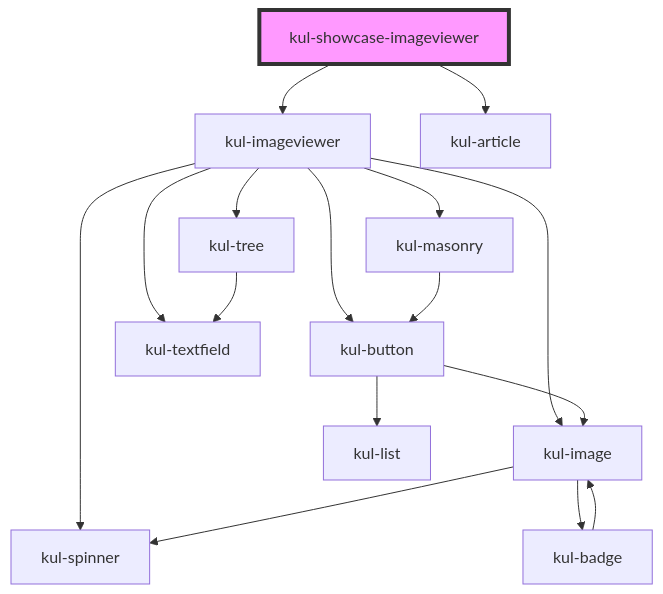
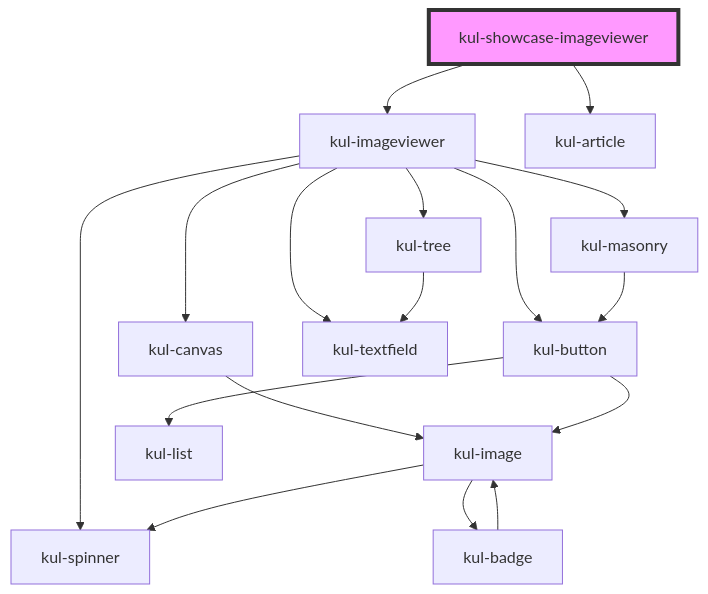
One commit to lucafoscili/ketchup-lite changed the diagram in packages/ketchup-lite/src/components/kul-showcase/components/imageviewer/readme.md. Above: the diagram before and after it, drawn with Mermaid. The commit also changed 5 other files, not shown here.

````diff
--- a/packages/ketchup-lite/src/components/kul-showcase/components/imageviewer/readme.md
+++ b/packages/ketchup-lite/src/components/kul-showcase/components/imageviewer/readme.md
@@ -27,19 +27,20 @@
 ```mermaid
 graph TD;
   kul-showcase-imageviewer --> kul-imageviewer
   kul-showcase-imageviewer --> kul-article
+  kul-imageviewer --> kul-canvas
   kul-imageviewer --> kul-button
   kul-imageviewer --> kul-spinner
-  kul-imageviewer --> kul-image
   kul-imageviewer --> kul-masonry
   kul-imageviewer --> kul-textfield
   kul-imageviewer --> kul-tree
-  kul-button --> kul-image
-  kul-button --> kul-list
+  kul-canvas --> kul-image
   kul-image --> kul-spinner
   kul-image --> kul-badge
   kul-badge --> kul-image
+  kul-button --> kul-image
+  kul-button --> kul-list
   kul-masonry --> kul-button
   kul-tree --> kul-textfield
   style kul-showcase-imageviewer fill:#f9f,stroke:#333,stroke-width:4px
 ```
````
